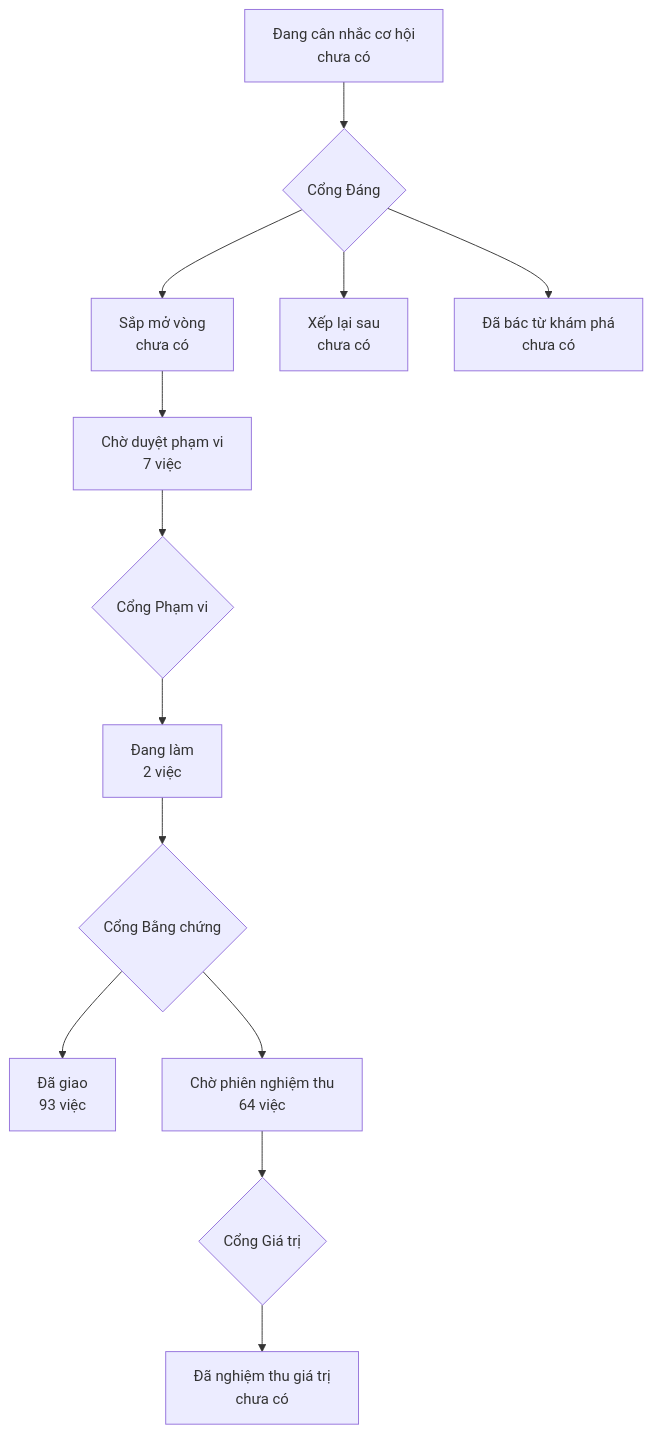
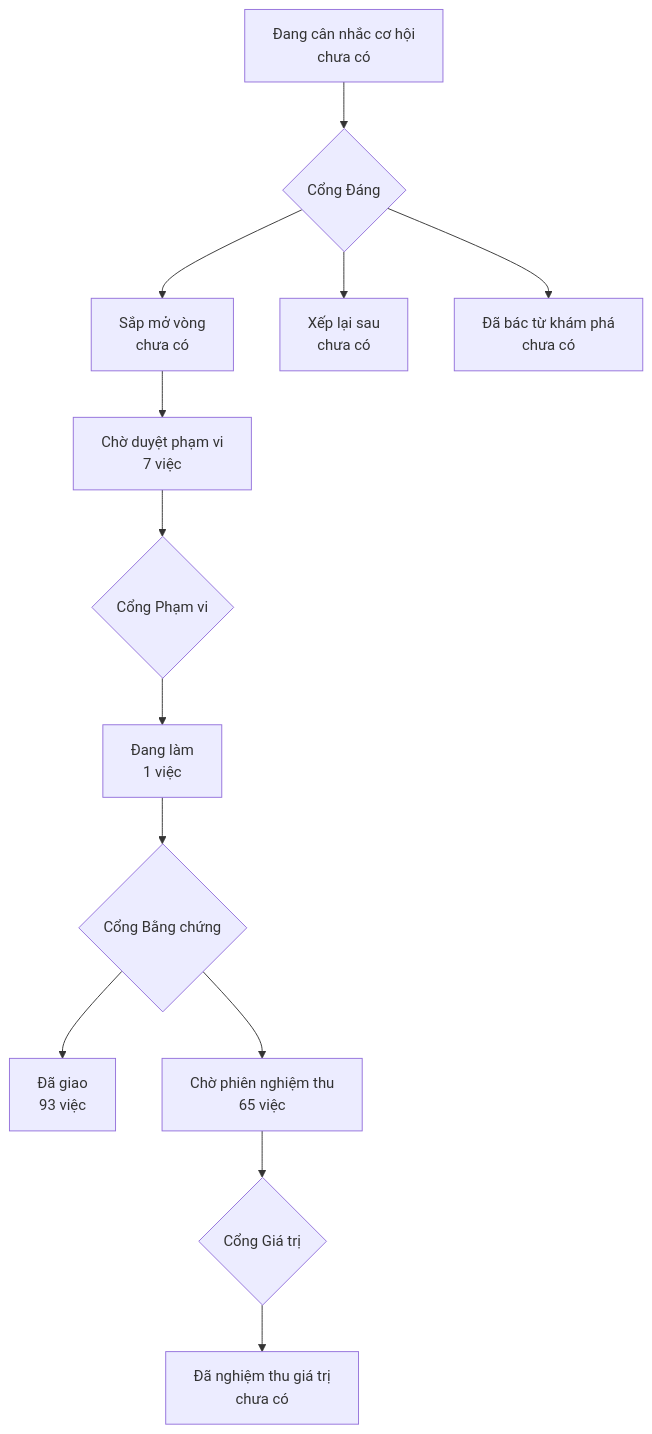
Before and after one commit to phanlemanh/onehub-invest: the diagram in PRODUCT-MAP.md, drawn with Mermaid. The commit also changed 4 other files, not shown here.

````diff
--- a/PRODUCT-MAP.md
+++ b/PRODUCT-MAP.md
@@ -7,12 +7,12 @@
 ```mermaid
 flowchart TD
   A["Đang cân nhắc cơ hội<br/>chưa có"] --> GD{"Cổng Đáng"}
   GD --> B["Sắp mở vòng<br/>chưa có"]
   GD --> XL["Xếp lại sau<br/>chưa có"]
   GD --> DB["Đã bác từ khám phá<br/>chưa có"]
   B --> CD["Chờ duyệt phạm vi<br/>7 việc"] --> GP{"Cổng Phạm vi"}
-  GP --> DL["Đang làm<br/>2 việc"] --> GB{"Cổng Bằng chứng"}
+  GP --> DL["Đang làm<br/>1 việc"] --> GB{"Cổng Bằng chứng"}
   GB --> DG["Đã giao<br/>93 việc"]
-  GB --> CN["Chờ phiên nghiệm thu<br/>64 việc"] --> GG{"Cổng Giá trị"}
+  GB --> CN["Chờ phiên nghiệm thu<br/>65 việc"] --> GG{"Cổng Giá trị"}
   GG --> NT["Đã nghiệm thu giá trị<br/>chưa có"]
 ```
````
